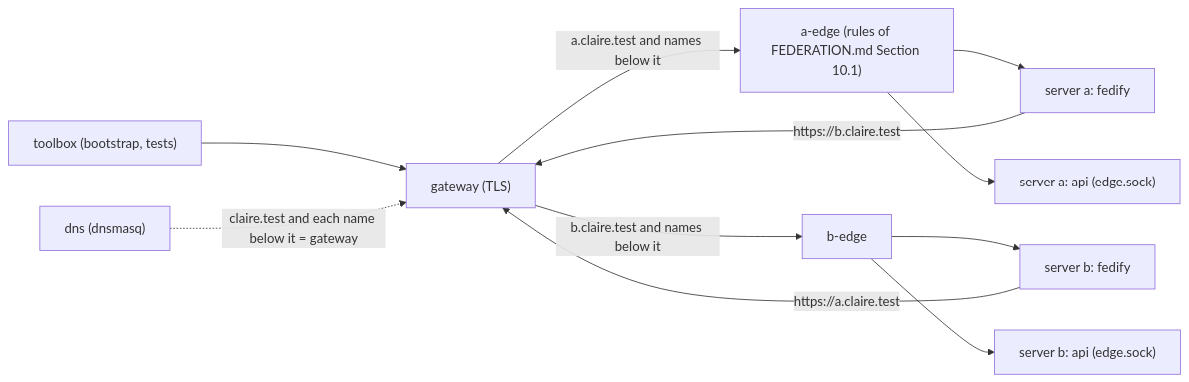
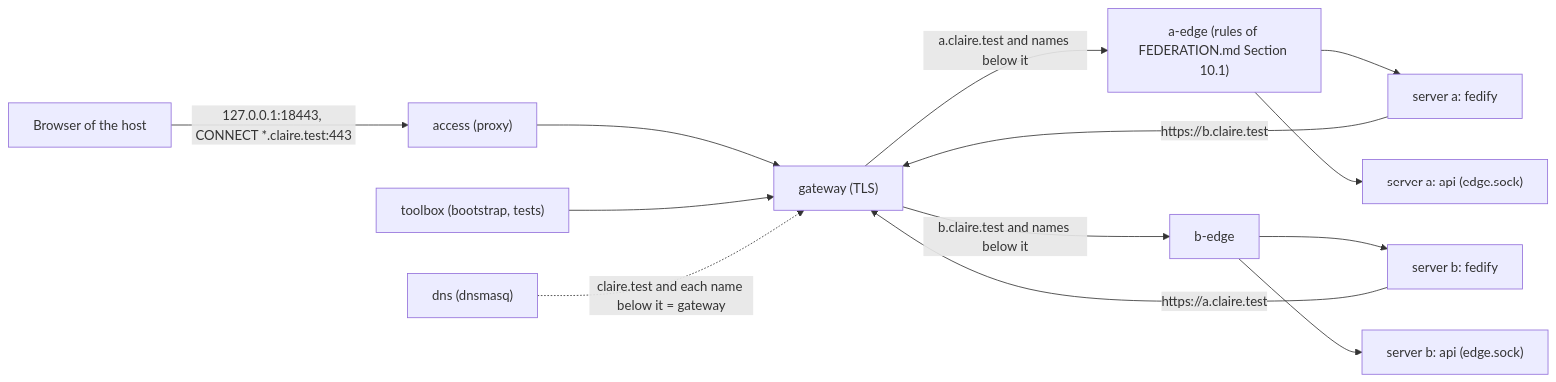
One commit to fofwisdom/claire-bible changed the diagram in docs/implementation/DEVELOPMENT_NETWORK.md. Above: the diagram before and after it, drawn with Mermaid. The commit also changed other lines of this file and 175 other files, not shown here.

Commit message:
Implement devnet access proxy, CI workflow, contributor docs, and DQ2-DQ7 decisions

````diff
--- a/docs/implementation/DEVELOPMENT_NETWORK.md
+++ b/docs/implementation/DEVELOPMENT_NETWORK.md
@@ -13,13 +13,15 @@
 ```mermaid
 flowchart LR
-    T["toolbox (bootstrap, tests)"] --> G["gateway (TLS)"]
+    B["Browser of the host"] -->|"127.0.0.1:18443, CONNECT *.claire.test:443"| X["access (proxy)"]
+    X --> G["gateway (TLS)"]
+    T["toolbox (bootstrap, tests)"] --> G
     G -->|"a.claire.test and names below it"| EA["a-edge (rules of FEDERATION.md Section 10.1)"]
     G -->|"b.claire.test and names below it"| EB["b-edge"]
     EA --> SA["server a: fedify"]
     EA --> AA["server a: api (edge.sock)"]
     EB --> SB["server b: fedify"]
     EB --> AB["server b: api (edge.sock)"]
     SA -->|"https://b.claire.test"| G
     SB -->|"https://a.claire.test"| G
     D["dns (dnsmasq)"] -.->|"claire.test and each name below it = gateway"| G
 ```
````
